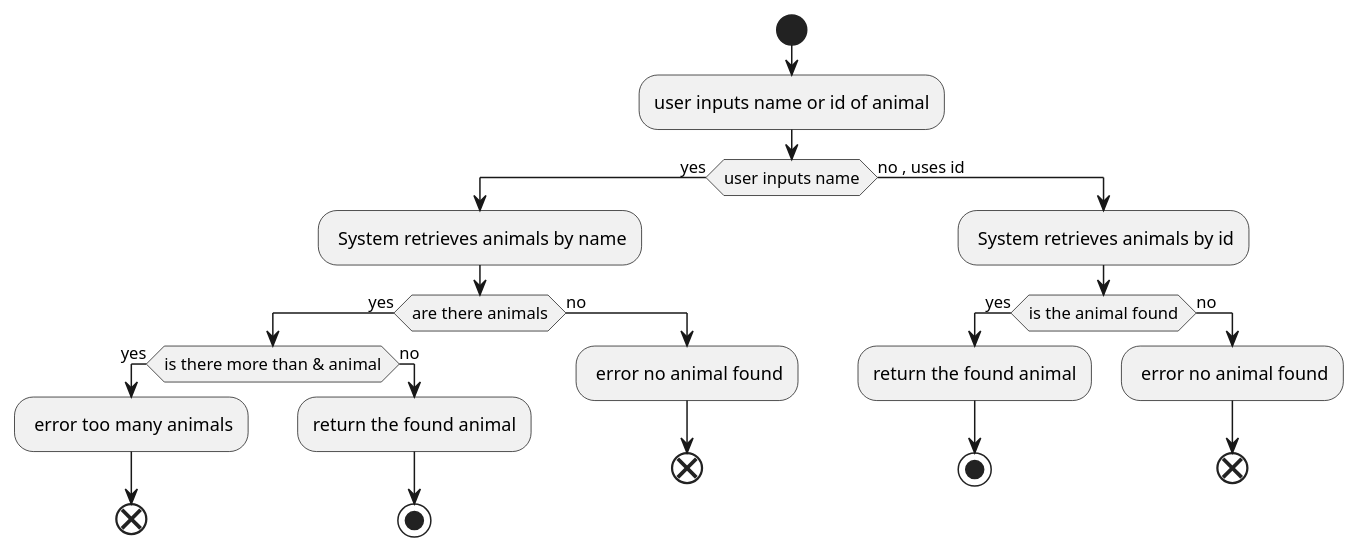
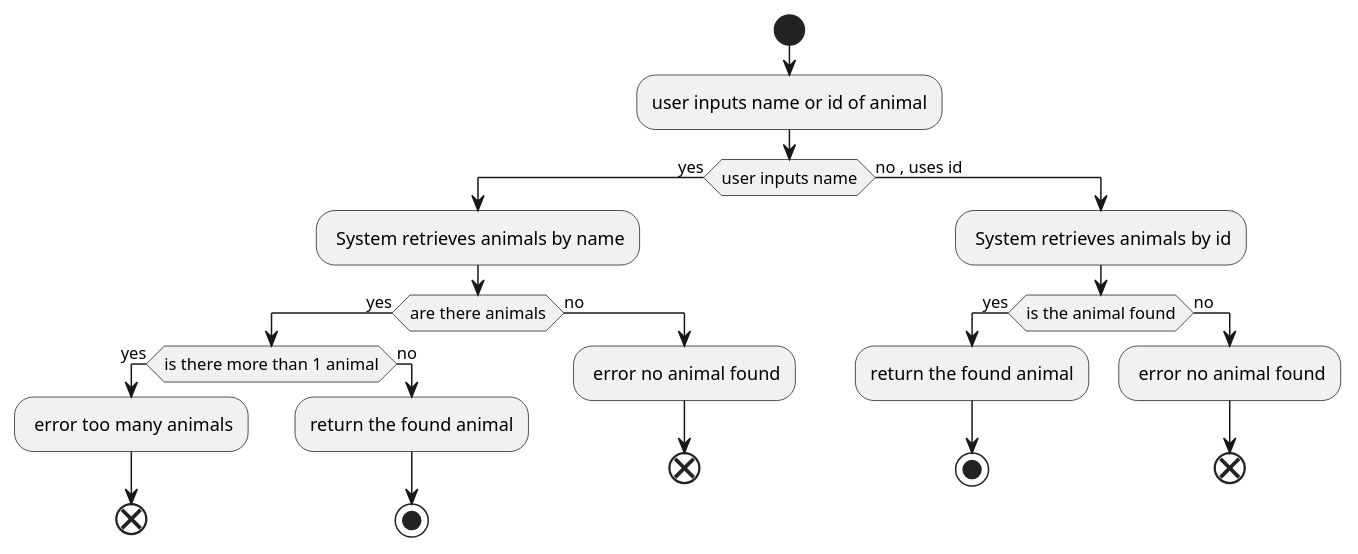
Before and after one commit to aggdeepika26/AnimalShelterAnalysis: the first of 2 diagrams in Analysis/FindAnimal.puml, drawn with PlantUML. The commit also changed other lines of this file and 16 other files, not shown here.

Commit message:
Analysis and Sequence diagram

```diff
--- a/Analysis/FindAnimal.puml
+++ b/Analysis/FindAnimal.puml
@@ -1,32 +1,31 @@
 @startuml
 
 start
 
 :user inputs name or id of animal;
 if(user inputs name) then (yes)
      : System retrieves animals by name;
      if(are there animals) then (yes)
-        if(is there more than & animal) then (yes)
+        if(is there more than 1 animal) then (yes)
         : error too many animals;
         end;
         else(no)
          :return the found animal;
          stop;
         endif
      else(no)
         : error no animal found;
         end;
       endif
 else (no , uses id)
  : System retrieves animals by id;
 
         if(is the animal found) then (yes)
 
              :return the found animal;
              stop;
         else(no)
              : error no animal found;
               end;
         endif
-
 @enduml
```
